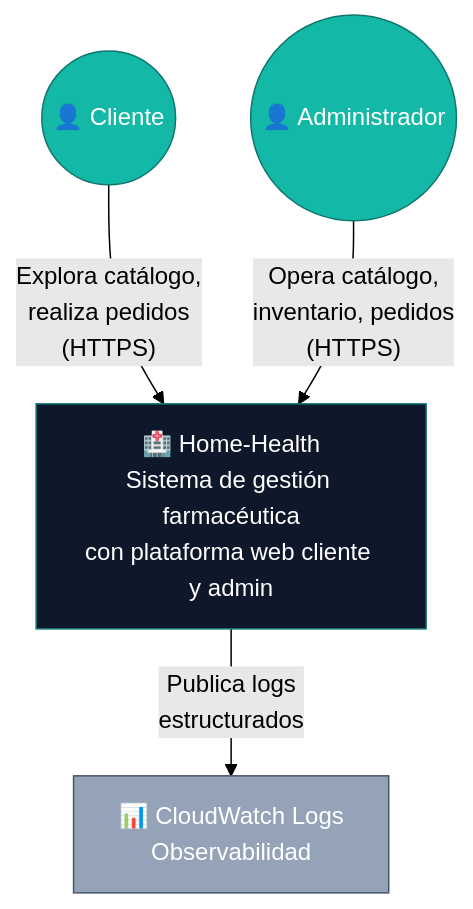
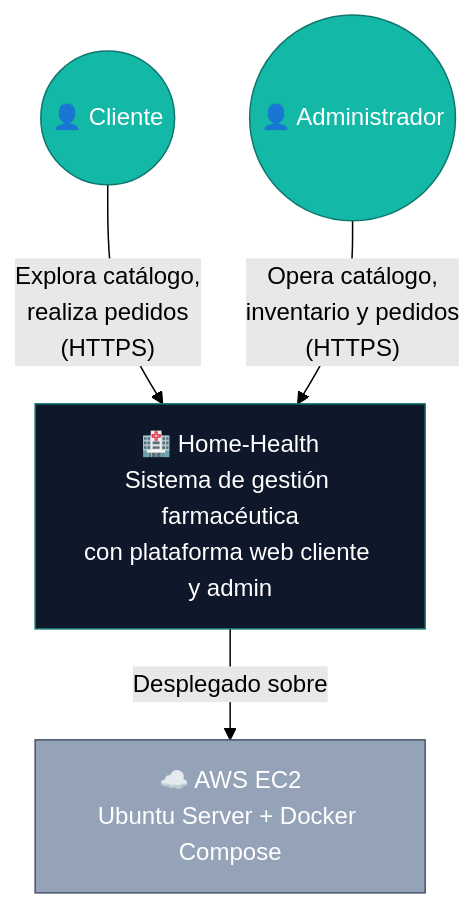
One commit to SEBBAS-5pg/Home-Health changed the first of 3 diagrams in docs/03-arquitectura/diagramas-C4.md. Above: the diagram before and after it, drawn with Mermaid (forest theme). The commit also changed other lines of this file and 11 other files, not shown here.

Commit message:
docs: update deployment architecture to AWS EC2

````diff
--- a/docs/03-arquitectura/diagramas-C4.md
+++ b/docs/03-arquitectura/diagramas-C4.md
@@ -54,18 +55,21 @@
 ```mermaid
 flowchart TB
     Cliente(("👤 Cliente"))
     Admin(("👤 Administrador"))
+
     HH["🏥 Home-Health<br/>Sistema de gestión farmacéutica<br/>con plataforma web cliente y admin"]
-    CW["📊 CloudWatch Logs<br/>Observabilidad"]
+
+    EC2["☁️ AWS EC2<br/>Ubuntu Server + Docker Compose"]
 
     Cliente -->|"Explora catálogo,<br/>realiza pedidos<br/>(HTTPS)"| HH
-    Admin -->|"Opera catálogo,<br/>inventario, pedidos<br/>(HTTPS)"| HH
-    HH -->|"Publica logs<br/>estructurados"| CW
+    Admin -->|"Opera catálogo,<br/>inventario y pedidos<br/>(HTTPS)"| HH
+    HH -->|"Desplegado sobre"| EC2
 
     classDef person fill:#14B8A6,stroke:#0F766E,color:#fff
     classDef system fill:#0F172A,stroke:#0F766E,color:#fff
-    classDef external fill:#94A3B8,stroke:#475569,color:#fff
+    classDef infra fill:#94A3B8,stroke:#475569,color:#fff
+
     class Cliente,Admin person
     class HH system
-    class CW external
+    class EC2 infra
 ```
````
